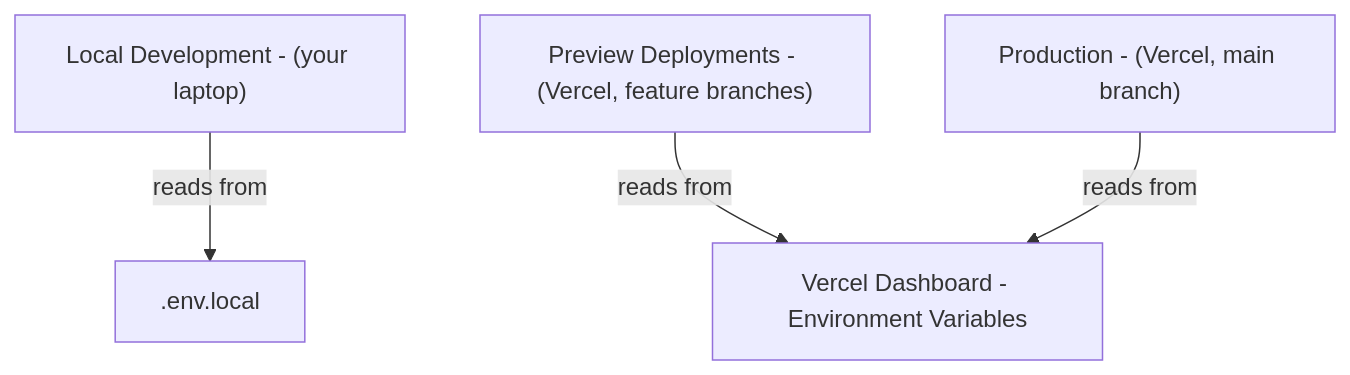
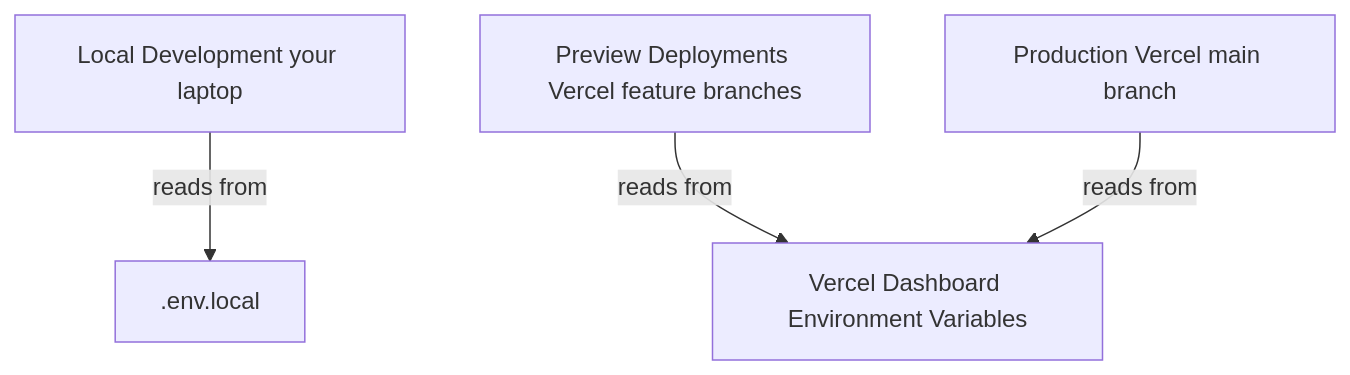
The fourth of 6 diagrams in learning/08-environment-variables.md (wongjinar-ai/expample), drawn with Mermaid before and after one commit. The commit also changed other lines of this file and 5 other files, not shown here.

````diff
--- a/learning/08-environment-variables.md
+++ b/learning/08-environment-variables.md
@@ -146,10 +146,10 @@
 ```mermaid
-graph TD
-    Local["Local Development - (your laptop)"]
-    Preview["Preview Deployments - (Vercel, feature branches)"]
-    Production["Production - (Vercel, main branch)"]
+flowchart TD
+    Local[Local Development your laptop]
+    Preview[Preview Deployments Vercel feature branches]
+    Production[Production Vercel main branch]
 
-    Local -->|"reads from"| EnvLocal[".env.local"]
-    Preview -->|"reads from"| VercelSettings["Vercel Dashboard - Environment Variables"]
+    Local -->|"reads from"| EnvLocal[.env.local]
+    Preview -->|"reads from"| VercelSettings[Vercel Dashboard Environment Variables]
     Production -->|"reads from"| VercelSettings
 ```
````
